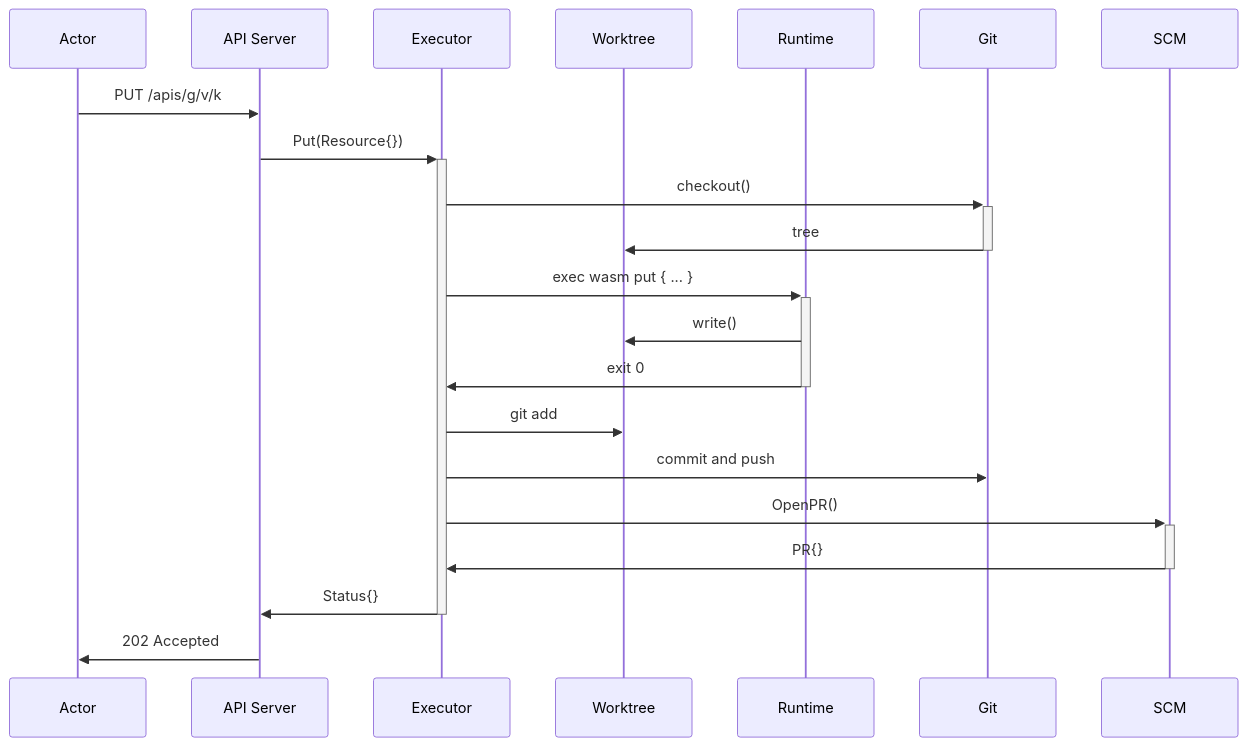
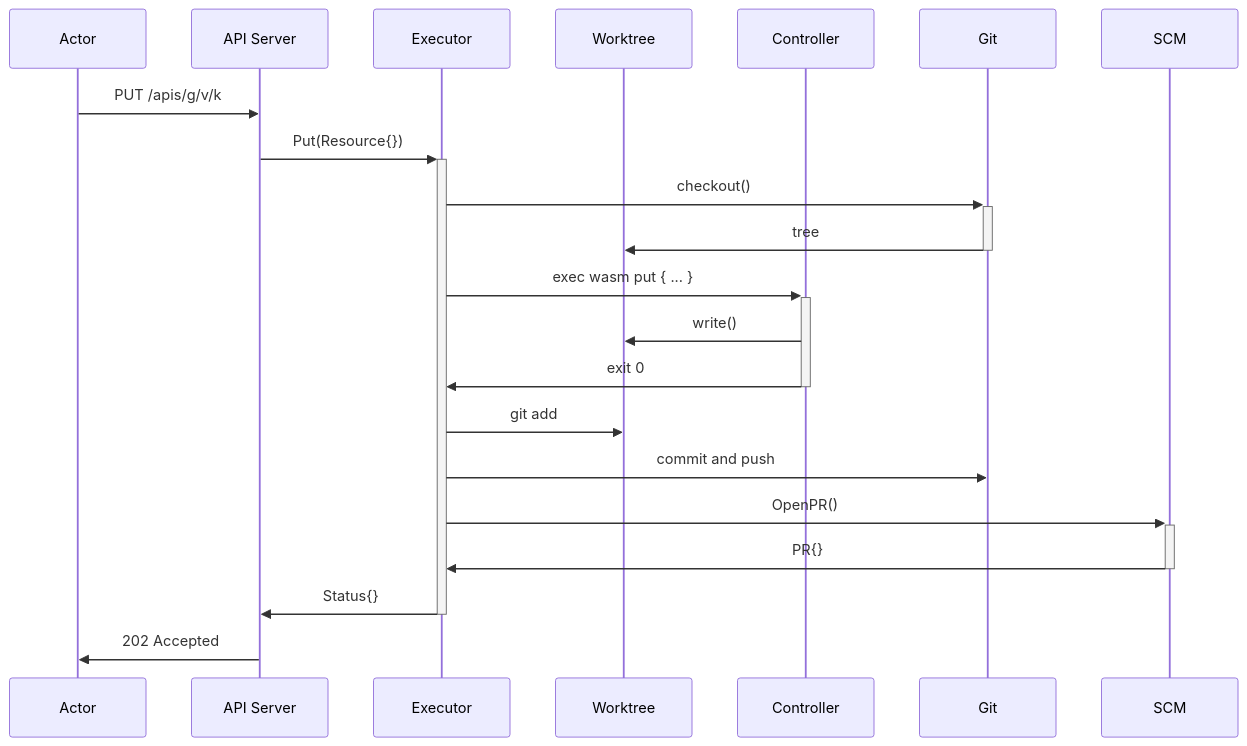
Before and after one commit to flipt-io/cup: the diagram in docs/DESIGN.md, drawn with Mermaid. The commit also changed other lines of this file, not shown here.

````diff
--- a/docs/DESIGN.md
+++ b/docs/DESIGN.md
@@ -316,23 +316,23 @@
 ```mermaid
 sequenceDiagram
     participant A as Actor
     participant S as API Server
     participant E as Executor
     participant F as Worktree
-    participant R as Runtime
+    participant R as Controller
     participant G as Git
     participant SCM
     A ->> S: PUT /apis/g/v/k
     S ->>+ E: Put(Resource{})
     E ->>+ G: checkout()
     G ->>- F: tree
     E ->>+ R: exec wasm put { ... }
     R ->> F: write()
     R ->>- E: exit 0
     E ->> F: git add
     E ->> G: commit and push
     E ->>+ SCM: OpenPR()
     SCM ->>- E: PR{}
     E ->>- S: Status{}
     S ->> A: 202 Accepted
 ```
````
